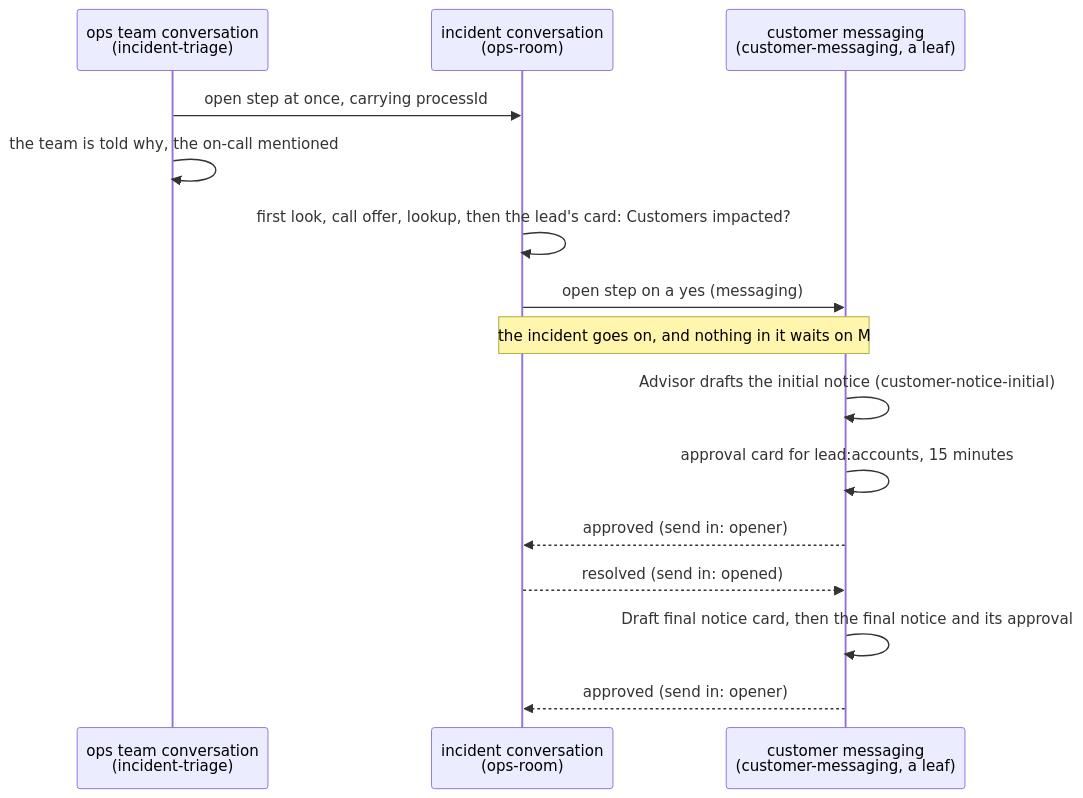
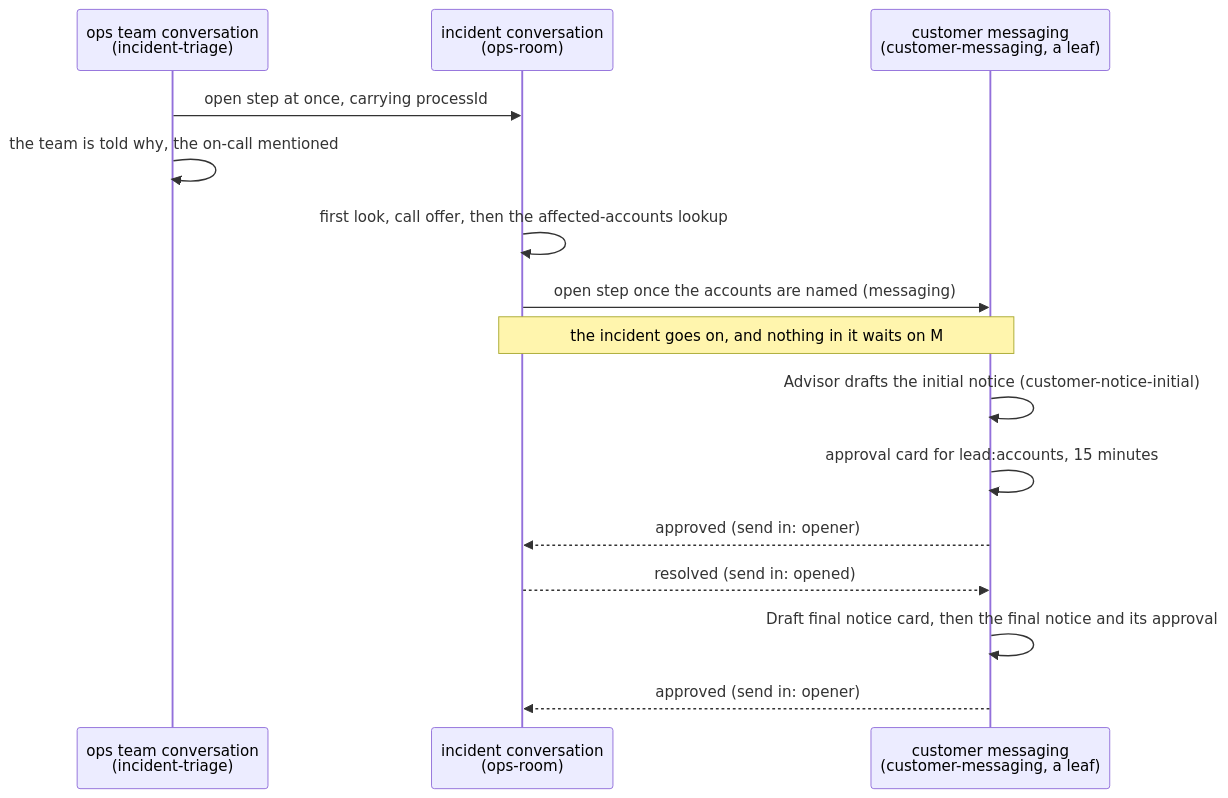
Before and after one commit to RyanSMcHarg/AgentEchelon: the sixth of 8 diagrams in docs/specs/interaction/conversation/DESIGN-PROCESSES.md, drawn with Mermaid. The commit also changed other lines of this file and 355 other files, not shown here.

````diff
--- a/docs/specs/interaction/conversation/DESIGN-PROCESSES.md
+++ b/docs/specs/interaction/conversation/DESIGN-PROCESSES.md
@@ -253,17 +253,17 @@
 ```mermaid
 sequenceDiagram
   participant T as ops team conversation<br/>(incident-triage)
   participant I as incident conversation<br/>(ops-room)
   participant M as customer messaging<br/>(customer-messaging, a leaf)
   T->>I: open step at once, carrying processId
   T->>T: the team is told why, the on-call mentioned
-  I->>I: first look, call offer, lookup, then the lead's card: Customers impacted?
-  I->>M: open step on a yes (messaging)
+  I->>I: first look, call offer, then the affected-accounts lookup
+  I->>M: open step once the accounts are named (messaging)
   Note over I,M: the incident goes on, and nothing in it waits on M
   M->>M: Advisor drafts the initial notice (customer-notice-initial)
   M->>M: approval card for lead:accounts, 15 minutes
   M-->>I: approved (send in: opener)
   I-->>M: resolved (send in: opened)
   M->>M: Draft final notice card, then the final notice and its approval
   M-->>I: approved (send in: opener)
 ```
````
